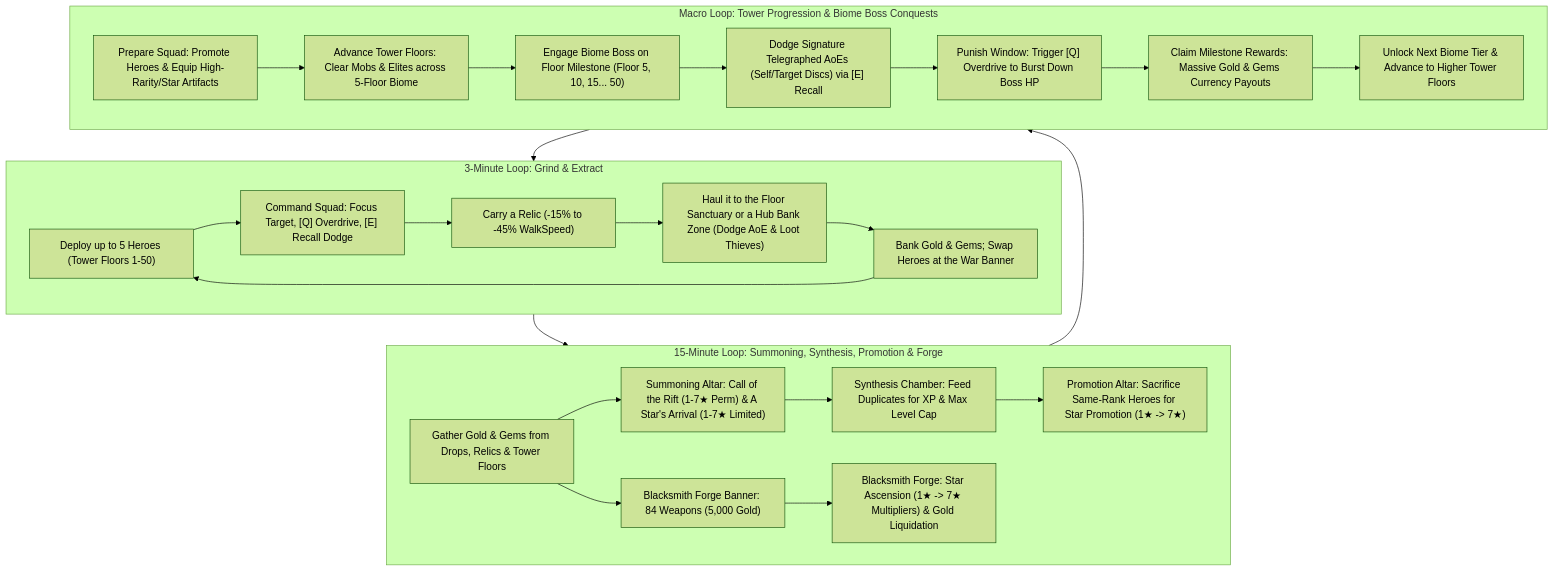
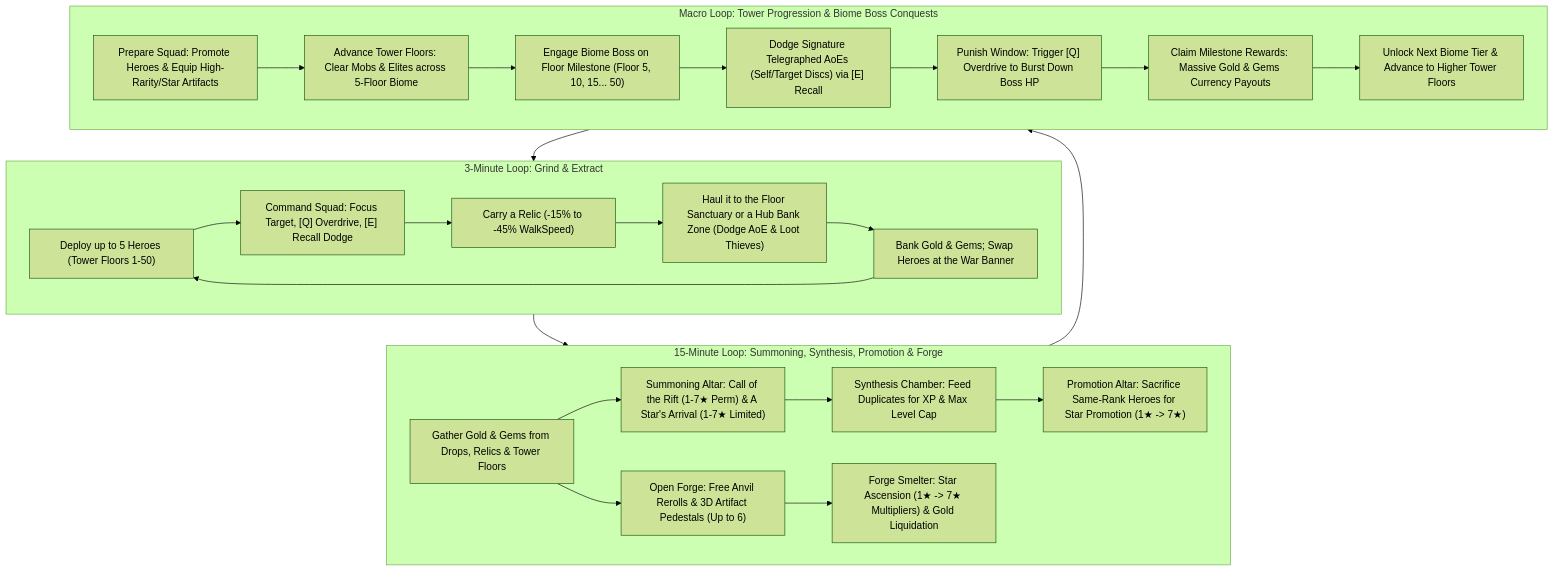
One commit to Zaimoo/infinite-tower changed the diagram in docs/GAME_DESIGN.MD. Above: the diagram before and after it, drawn with Mermaid (forest theme). The commit also changed other lines of this file and 43 other files, not shown here.

First line of the commit message:
feat(forge): overhaul Blacksmith Forge into Open Forge 3D rolling system

````diff
--- a/docs/GAME_DESIGN.MD
+++ b/docs/GAME_DESIGN.MD
@@ -48,31 +48,31 @@
 ```mermaid
 flowchart TD
     subgraph Micro["3-Minute Loop: Grind & Extract"]
         M1["Deploy up to 5 Heroes (Tower Floors 1-50)"] --> M2["Command Squad: Focus Target, [Q] Overdrive, [E] Recall Dodge"]
         M2 --> M3["Carry a Relic (-15% to -45% WalkSpeed)"]
         M3 --> M4["Haul it to the Floor Sanctuary or a Hub Bank Zone (Dodge AoE & Loot Thieves)"]
         M4 --> M5["Bank Gold & Gems; Swap Heroes at the War Banner"]
         M5 --> M1
     end
 
     subgraph Meso["15-Minute Loop: Summoning, Synthesis, Promotion & Forge"]
         T1["Gather Gold & Gems from Drops, Relics & Tower Floors"] --> T2["Summoning Altar: Call of the Rift (1-7★ Perm) & A Star's Arrival (1-7★ Limited)"]
         T2 --> T3["Synthesis Chamber: Feed Duplicates for XP & Max Level Cap"]
-        T1 --> T4["Blacksmith Forge Banner: 84 Weapons (5,000 Gold)"]
+        T1 --> T4["Open Forge: Free Anvil Rerolls & 3D Artifact Pedestals (Up to 6)"]
         T3 --> T5["Promotion Altar: Sacrifice Same-Rank Heroes for Star Promotion (1★ -> 7★)"]
-        T4 --> T6["Blacksmith Forge: Star Ascension (1★ -> 7★ Multipliers) & Gold Liquidation"]
+        T4 --> T6["Forge Smelter: Star Ascension (1★ -> 7★ Multipliers) & Gold Liquidation"]
     end
 
     subgraph Macro["Macro Loop: Tower Progression & Biome Boss Conquests"]
         B1["Prepare Squad: Promote Heroes & Equip High-Rarity/Star Artifacts"] --> B2["Advance Tower Floors: Clear Mobs & Elites across 5-Floor Biome"]
         B2 --> B3["Engage Biome Boss on Floor Milestone (Floor 5, 10, 15... 50)"]
         B3 --> B4["Dodge Signature Telegraphed AoEs (Self/Target Discs) via [E] Recall"]
         B4 --> B5["Punish Window: Trigger [Q] Overdrive to Burst Down Boss HP"]
         B5 --> B6["Claim Milestone Rewards: Massive Gold & Gems Currency Payouts"]
         B6 --> B7["Unlock Next Biome Tier & Advance to Higher Tower Floors"]
     end
 
     Micro --> Meso
     Meso --> Macro
     Macro --> Micro
 ```
````
